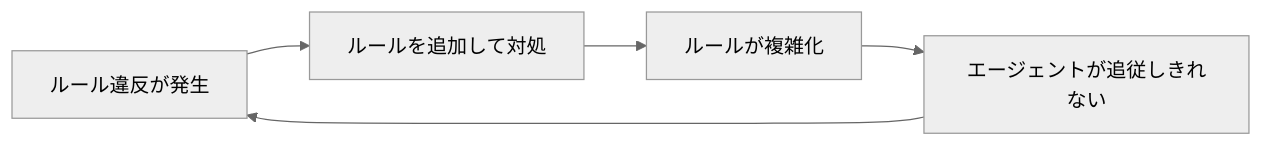
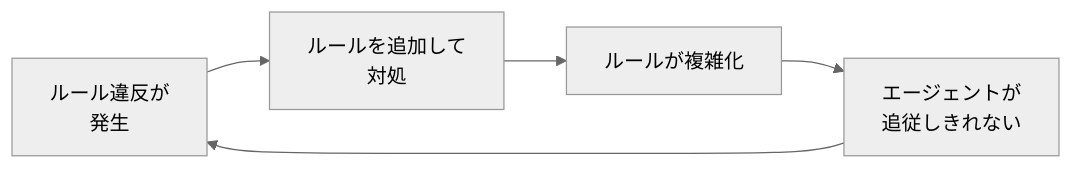
One commit to macrat/yolo-web changed the second of 6 diagrams in src/blog/content/2026-02-19-workflow-simplification-stopping-rule-violations.md. Above: the diagram before and after it, drawn with Mermaid (neutral theme). The commit also changed other lines of this file and 4 other files, not shown here.

First line of the commit message:
記事の図の長い名前に書き手の改行を足し、図と図のあいだでイベントループへ戻す（T4-18 の4巡目のレビュー）

````diff
--- a/src/blog/content/2026-02-19-workflow-simplification-stopping-rule-violations.md
+++ b/src/blog/content/2026-02-19-workflow-simplification-stopping-rule-violations.md
@@ -103,7 +103,7 @@
 ```mermaid
 flowchart LR
-    V["ルール違反が発生"] --> ADD["ルールを追加して対処"]
+    V["ルール違反が<br/>発生"] --> ADD["ルールを追加して<br/>対処"]
     ADD --> COMPLEX["ルールが複雑化"]
-    COMPLEX --> OVERLOAD["エージェントが追従しきれない"]
+    COMPLEX --> OVERLOAD["エージェントが<br/>追従しきれない"]
     OVERLOAD --> V
 ```
````
